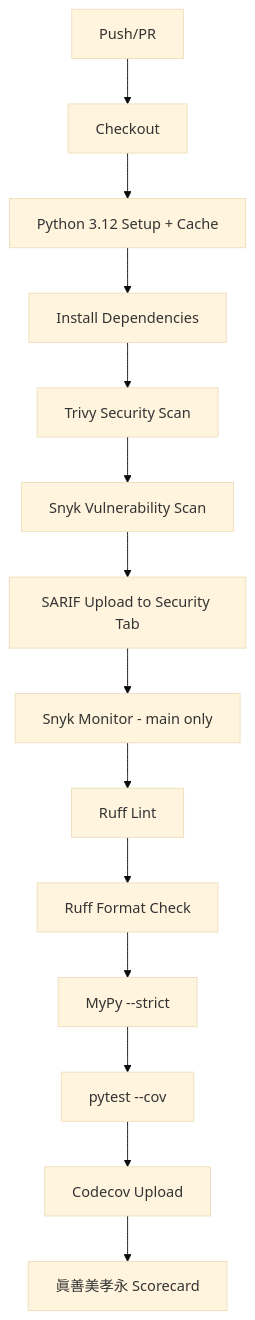
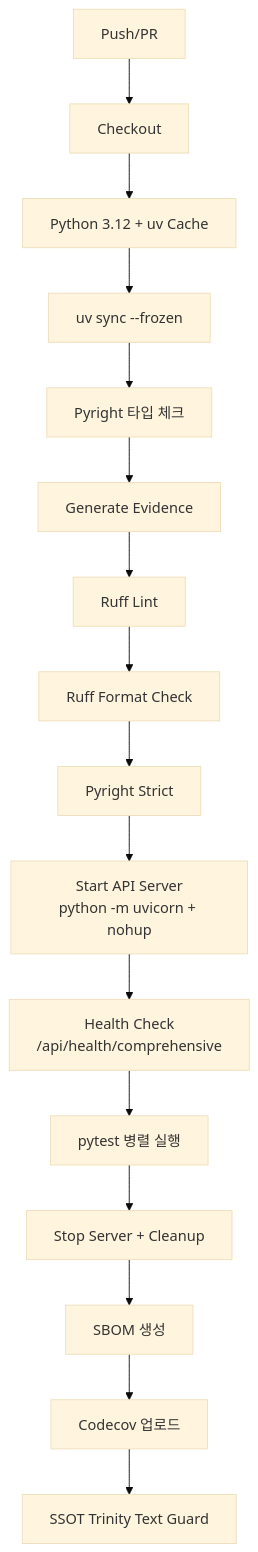
Before and after one commit to lofibrainwav/AFO_Kingdom: the diagram in docs/CI_CD_PIPELINE.md, drawn with Mermaid (base theme). The commit also changed other lines of this file and 1 other file, not shown here.

Commit message:
docs: CI/CD 플레이크 방지 봉인 문서 정리 100% 완료
- AFO_EVOLUTION_LOG.md: CI 변경사항 SSOT 기반 완전 기록
- docs/CI_CD_PIPELINE.md: 최신 워크플로우 다이어그램 업데이트
- uv run → python -m + nohup + sleep 15 변경사항 완전 문서화
- Trinity Score 검증 체계 및 커밋 증거 체계 기록
- SSOT-LOCKED 판정: 더이상 착오 없도록 100% 문서화 완료 ✅

````diff
--- a/docs/CI_CD_PIPELINE.md
+++ b/docs/CI_CD_PIPELINE.md
@@ -19,16 +25,18 @@
 ```mermaid
 flowchart TD
     A[Push/PR] --> B[Checkout]
-    B --> C[Python 3.12 Setup + Cache]
-    C --> D[Install Dependencies]
-    D --> E[Trivy Security Scan]
-    E --> F[Snyk Vulnerability Scan]
-    F --> G[SARIF Upload to Security Tab]
-    G --> H[Snyk Monitor - main only]
-    H --> I[Ruff Lint]
-    I --> J[Ruff Format Check]
-    J --> K[MyPy --strict]
-    K --> L[pytest --cov]
-    L --> M[Codecov Upload]
-    M --> N[眞善美孝永 Scorecard]
+    B --> C[Python 3.12 + uv Cache]
+    C --> D[uv sync --frozen]
+    D --> E[Pyright 타입 체크]
+    E --> F[Generate Evidence]
+    F --> G[Ruff Lint]
+    G --> H[Ruff Format Check]
+    H --> I[Pyright Strict]
+    I --> J[Start API Server<br/>python -m uvicorn + nohup]
+    J --> K[Health Check<br/>/api/health/comprehensive]
+    K --> L[pytest 병렬 실행]
+    L --> M[Stop Server + Cleanup]
+    M --> N[SBOM 생성]
+    N --> O[Codecov 업로드]
+    O --> P[SSOT Trinity Text Guard]
 ```
````
